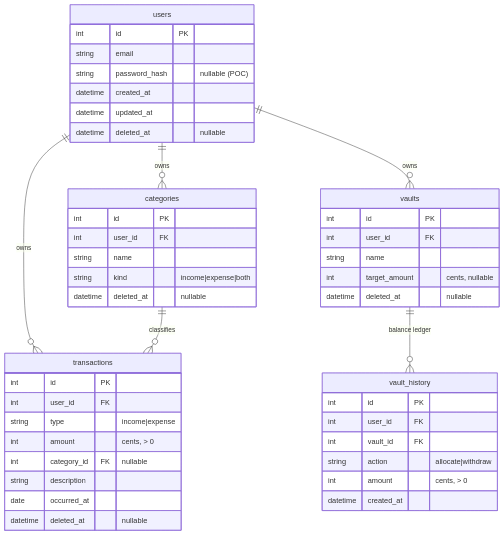
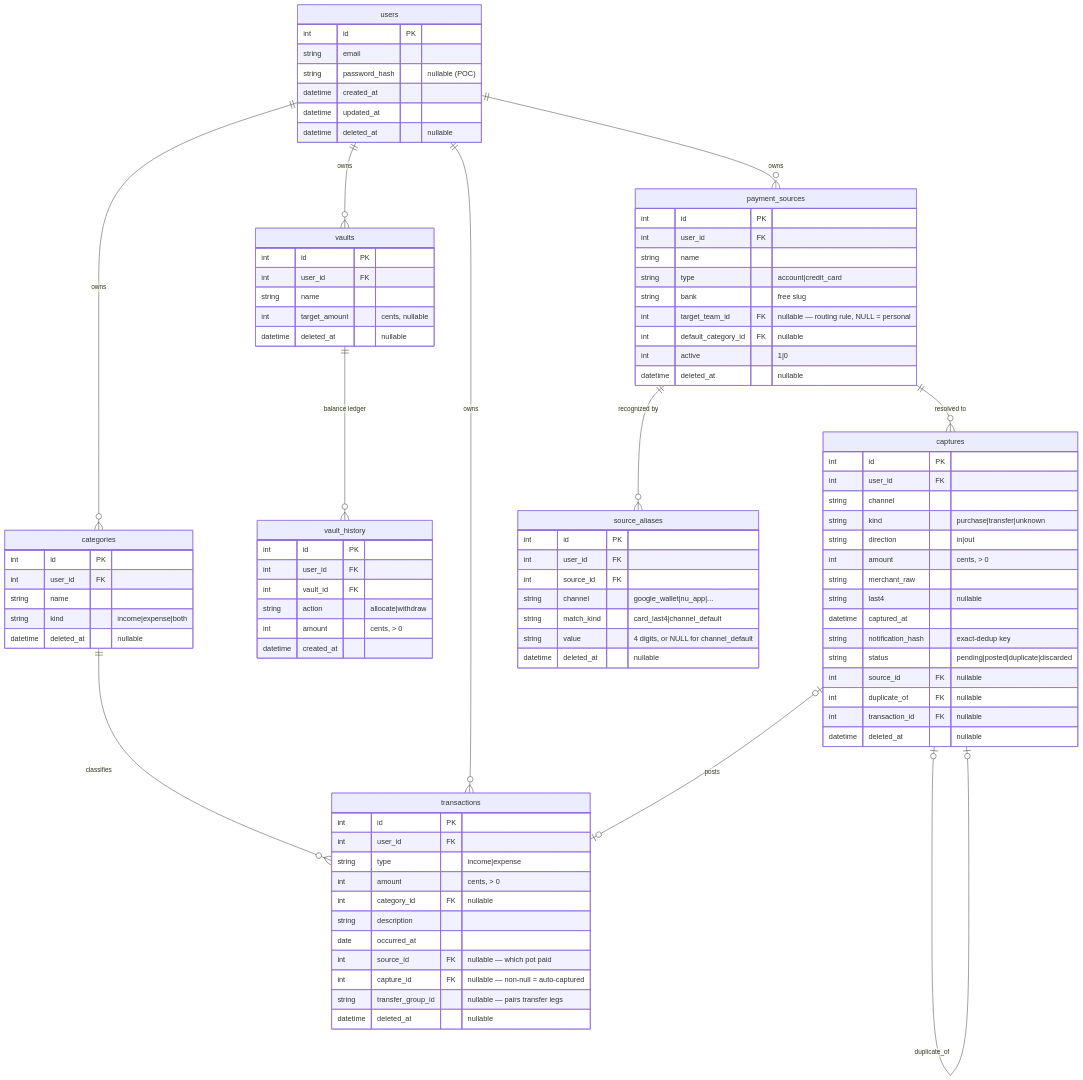
One commit to JayroGG/balance changed the first of 5 diagrams in ARCHITECTURE.md. Above: the diagram before and after it, drawn with Mermaid. The commit also changed other lines of this file and 2 other files, not shown here.

Commit message:
docs: sync PRD/ARCHITECTURE/CLAUDE with the auto-capture domain (ADR-008)
New tables + provenance columns in the data model, full endpoint surface,
ingest-pipeline flow diagram, directory-map entries, and conventions for
the user-scoped auto-capture entities and transfers.

````diff
--- a/ARCHITECTURE.md
+++ b/ARCHITECTURE.md
@@ -9,8 +9,13 @@
     users ||--o{ categories : owns
     users ||--o{ vaults : owns
     users ||--o{ transactions : owns
+    users ||--o{ payment_sources : owns
     categories ||--o{ transactions : classifies
     vaults ||--o{ vault_history : "balance ledger"
+    payment_sources ||--o{ source_aliases : "recognized by"
+    payment_sources ||--o{ captures : "resolved to"
+    captures |o--o| transactions : posts
+    captures |o--o| captures : duplicate_of
 
     users {
         int id PK
@@ -42,6 +47,9 @@
         int category_id FK "nullable"
         string description
         date occurred_at
+        int source_id FK "nullable — which pot paid"
+        int capture_id FK "nullable — non-null = auto-captured"
+        string transfer_group_id "nullable — pairs transfer legs"
         datetime deleted_at "nullable"
     }
     vault_history {
@@ -52,4 +60,41 @@
         int amount "cents, > 0"
         datetime created_at
     }
+    payment_sources {
+        int id PK
+        int user_id FK
+        string name
+        string type "account|credit_card"
+        string bank "free slug"
+        int target_team_id FK "nullable — routing rule, NULL = personal"
+        int default_category_id FK "nullable"
+        int active "1|0"
+        datetime deleted_at "nullable"
+    }
+    source_aliases {
+        int id PK
+        int user_id FK
+        int source_id FK
+        string channel "google_wallet|nu_app|..."
+        string match_kind "card_last4|channel_default"
+        string value "4 digits, or NULL for channel_default"
+        datetime deleted_at "nullable"
+    }
+    captures {
+        int id PK
+        int user_id FK
+        string channel
+        string kind "purchase|transfer|unknown"
+        string direction "in|out"
+        int amount "cents, > 0"
+        string merchant_raw
+        string last4 "nullable"
+        datetime captured_at
+        string notification_hash "exact-dedup key"
+        string status "pending|posted|duplicate|discarded"
+        int source_id FK "nullable"
+        int duplicate_of FK "nullable"
+        int transaction_id FK "nullable"
+        datetime deleted_at "nullable"
+    }
 ```
````
